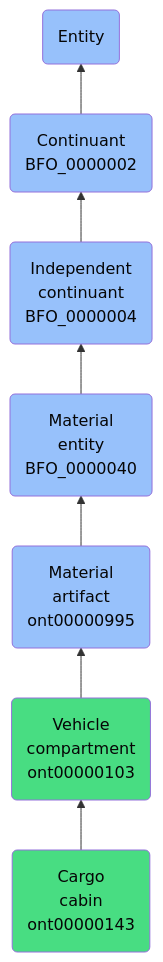
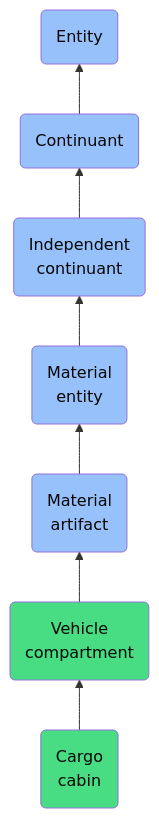
One commit to jupyter-naas/abi changed the diagram in docs/ontology/reference/model/Entity/Continuant/Independent continuant/Material entity/Material artifact/Vehicle compartment/Cargo cabin/Cargo cabin.md. Above: the diagram before and after it, drawn with Mermaid. The commit also changed other lines of this file and 1430 other files, not shown here.

````diff
--- a/docs/ontology/reference/model/Entity/Continuant/Independent continuant/Material entity/Material artifact/Vehicle compartment/Cargo cabin/Cargo cabin.md
+++ b/docs/ontology/reference/model/Entity/Continuant/Independent continuant/Material entity/Material artifact/Vehicle compartment/Cargo cabin/Cargo cabin.md
@@ -24,14 +24,14 @@
 ```mermaid
 graph BT
-    ont00000143(Cargo<br>cabin<br>ont00000143):::ABI-->ont00000103
-    ont00000103(Vehicle<br>compartment<br>ont00000103):::ABI-->ont00000995
-    ont00000995(Material<br>artifact<br>ont00000995):::BFO-->BFO_0000040
-    BFO_0000040(Material<br>entity<br>BFO_0000040):::BFO-->BFO_0000004
-    BFO_0000004(Independent<br>continuant<br>BFO_0000004):::BFO-->BFO_0000002
-    BFO_0000002(Continuant<br>BFO_0000002):::BFO-->BFO_0000001
+    ont00000143(Cargo<br>cabin):::ABI-->ont00000103
+    ont00000103(Vehicle<br>compartment):::ABI-->ont00000995
+    ont00000995(Material<br>artifact):::BFO-->BFO_0000040
+    BFO_0000040(Material<br>entity):::BFO-->BFO_0000004
+    BFO_0000004(Independent<br>continuant):::BFO-->BFO_0000002
+    BFO_0000002(Continuant):::BFO-->BFO_0000001
     BFO_0000001(Entity):::BFO
     
     classDef BFO fill:#97c1fb,color:#060606
     classDef CCO fill:#e4c51e,color:#060606
     classDef ABI fill:#48DD82,color:#060606
 ```
````
